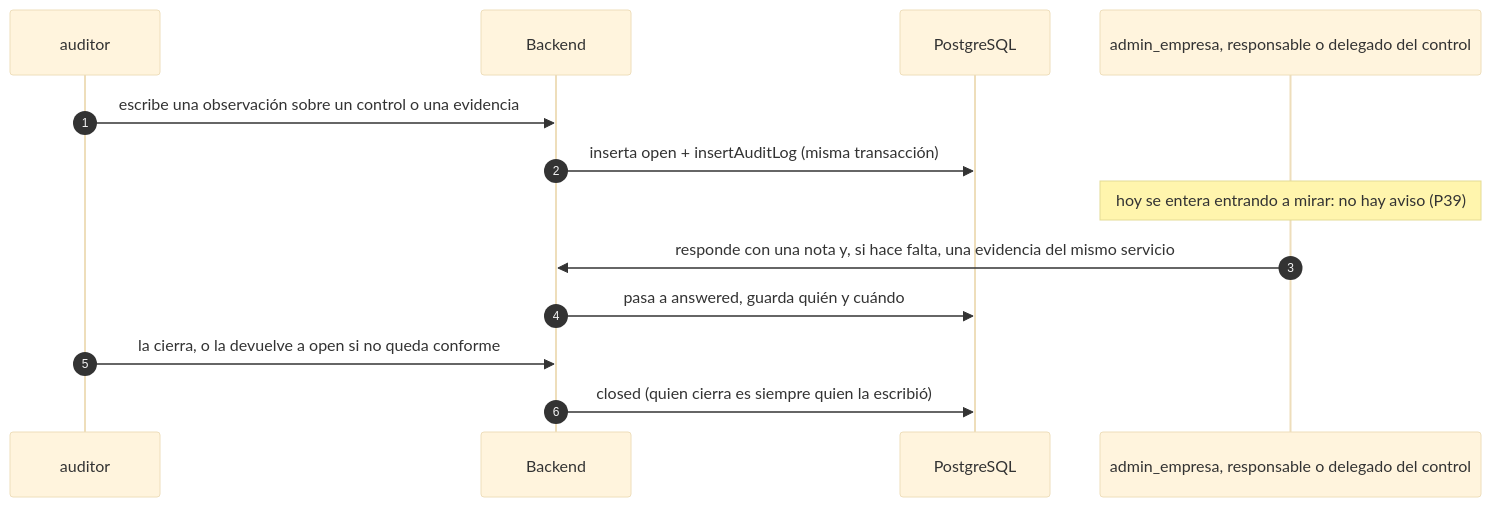
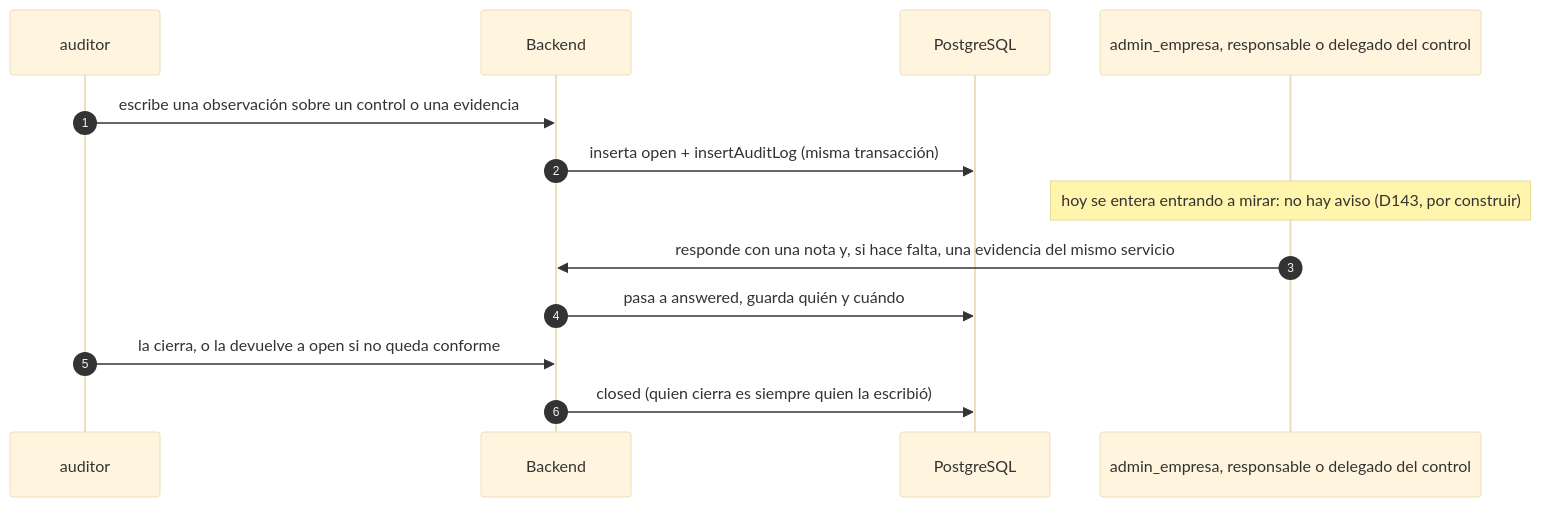
The first of 2 diagrams in skills/product/monkey-compliance-council/references/arquitectura/cumplimiento/observaciones/03-flujos.md (Monkey-GRC/Monkey-Brain-IA), drawn with Mermaid (base theme) before and after one commit. The commit also changed 53 other files, not shown here.

````diff
--- a/skills/product/monkey-compliance-council/references/arquitectura/cumplimiento/observaciones/03-flujos.md
+++ b/skills/product/monkey-compliance-council/references/arquitectura/cumplimiento/observaciones/03-flujos.md
@@ -7,15 +7,15 @@
 ```mermaid
 sequenceDiagram
     autonumber
     participant AU as auditor
     participant API as Backend
     participant DB as PostgreSQL
     participant E as admin_empresa, responsable o delegado del control
     AU->>API: escribe una observación sobre un control o una evidencia
     API->>DB: inserta open + insertAuditLog (misma transacción)
-    Note over E: hoy se entera entrando a mirar: no hay aviso (P39)
+    Note over E: hoy se entera entrando a mirar: no hay aviso (D143, por construir)
     E->>API: responde con una nota y, si hace falta, una evidencia del mismo servicio
     API->>DB: pasa a answered, guarda quién y cuándo
     AU->>API: la cierra, o la devuelve a open si no queda conforme
     API->>DB: closed (quien cierra es siempre quien la escribió)
 ```
````
